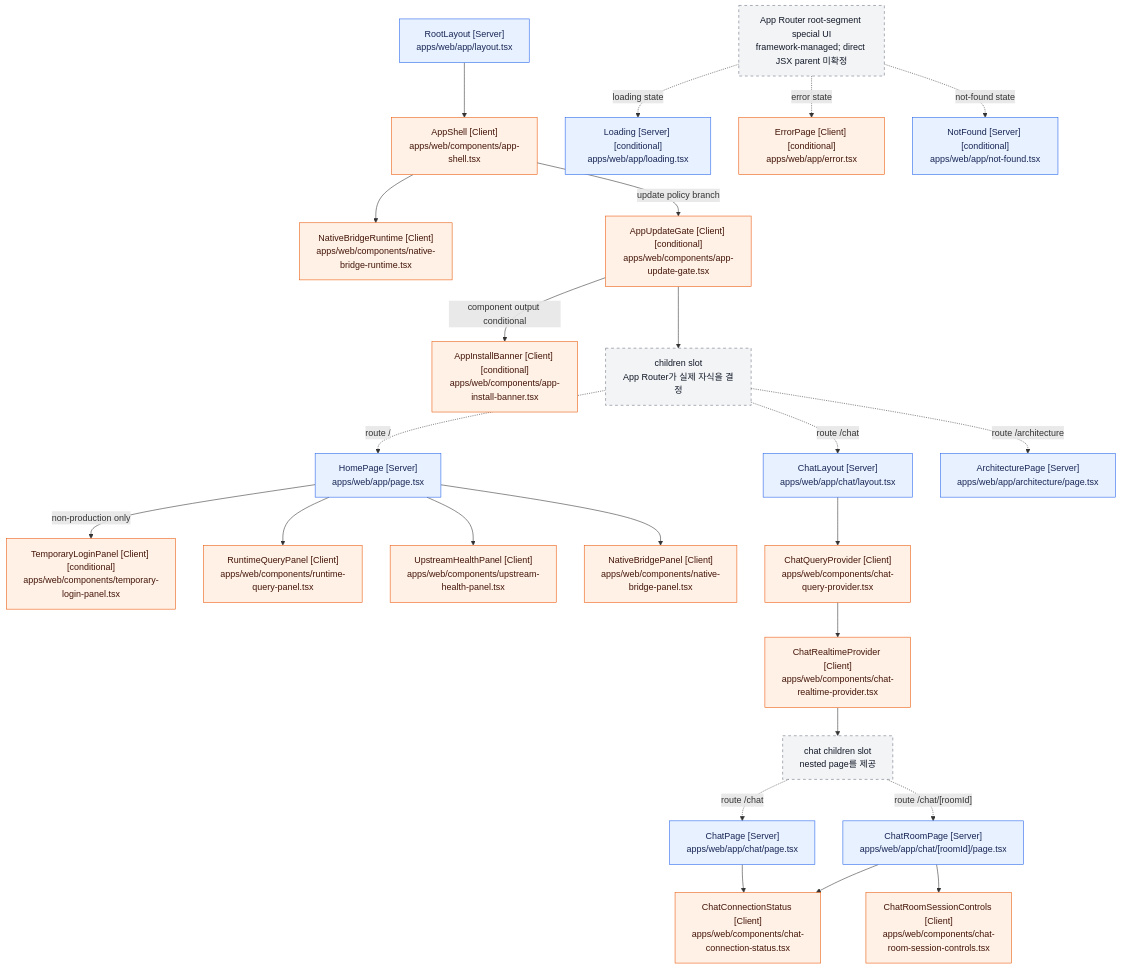
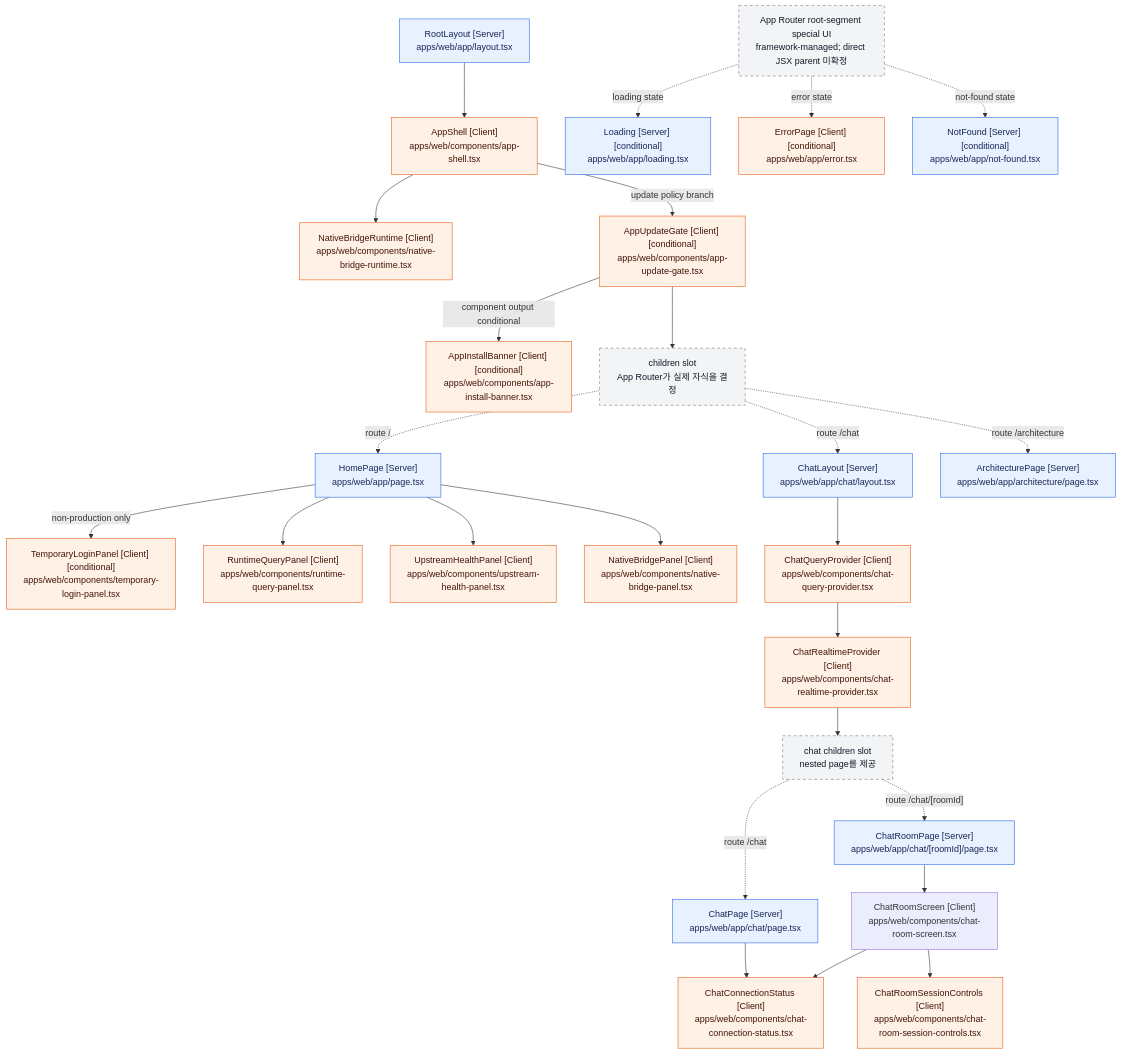
One commit to mokpombc17-coder/CIVIC-AI changed the diagram in docs/architecture/react-component-tree.md. Above: the diagram before and after it, drawn with Mermaid. The commit also changed other lines of this file and 8 other files, not shown here.

Commit message:
feat(web): connect chat room read model

````diff
--- a/docs/architecture/react-component-tree.md
+++ b/docs/architecture/react-component-tree.md
@@ -109,67 +110,69 @@
 ```mermaid
 flowchart TD
     RootLayout["RootLayout [Server]<br/>apps/web/app/layout.tsx"]
     AppShell["AppShell [Client]<br/>apps/web/components/app-shell.tsx"]
     NativeBridgeRuntime["NativeBridgeRuntime [Client]<br/>apps/web/components/native-bridge-runtime.tsx"]
     AppUpdateGate["AppUpdateGate [Client] [conditional]<br/>apps/web/components/app-update-gate.tsx"]
     AppInstallBanner["AppInstallBanner [Client] [conditional]<br/>apps/web/components/app-install-banner.tsx"]
     ChildrenSlot["children slot<br/>App Router가 실제 자식을 결정"]
 
     HomePage["HomePage [Server]<br/>apps/web/app/page.tsx"]
     TemporaryLoginPanel["TemporaryLoginPanel [Client] [conditional]<br/>apps/web/components/temporary-login-panel.tsx"]
     RuntimeQueryPanel["RuntimeQueryPanel [Client]<br/>apps/web/components/runtime-query-panel.tsx"]
     UpstreamHealthPanel["UpstreamHealthPanel [Client]<br/>apps/web/components/upstream-health-panel.tsx"]
     NativeBridgePanel["NativeBridgePanel [Client]<br/>apps/web/components/native-bridge-panel.tsx"]
 
     ChatLayout["ChatLayout [Server]<br/>apps/web/app/chat/layout.tsx"]
     ChatQueryProvider["ChatQueryProvider [Client]<br/>apps/web/components/chat-query-provider.tsx"]
     ChatRealtimeProvider["ChatRealtimeProvider [Client]<br/>apps/web/components/chat-realtime-provider.tsx"]
     ChatChildrenSlot["chat children slot<br/>nested page를 제공"]
     ChatPage["ChatPage [Server]<br/>apps/web/app/chat/page.tsx"]
     ChatRoomPage["ChatRoomPage [Server]<br/>apps/web/app/chat/[roomId]/page.tsx"]
+    ChatRoomScreen["ChatRoomScreen [Client]<br/>apps/web/components/chat-room-screen.tsx"]
     ChatConnectionStatus["ChatConnectionStatus [Client]<br/>apps/web/components/chat-connection-status.tsx"]
     ChatRoomSessionControls["ChatRoomSessionControls [Client]<br/>apps/web/components/chat-room-session-controls.tsx"]
 
     ArchitecturePage["ArchitecturePage [Server]<br/>apps/web/app/architecture/page.tsx"]
 
     SpecialBoundary["App Router root-segment special UI<br/>framework-managed; direct JSX parent 미확정"]
     Loading["Loading [Server] [conditional]<br/>apps/web/app/loading.tsx"]
     ErrorPage["ErrorPage [Client] [conditional]<br/>apps/web/app/error.tsx"]
     NotFound["NotFound [Server] [conditional]<br/>apps/web/app/not-found.tsx"]
 
     RootLayout --> AppShell
     AppShell --> NativeBridgeRuntime
     AppShell -->|"update policy branch"| AppUpdateGate
     AppUpdateGate -->|"component output conditional"| AppInstallBanner
     AppUpdateGate --> ChildrenSlot
 
     ChildrenSlot -. "route /" .-> HomePage
     HomePage -->|"non-production only"| TemporaryLoginPanel
     HomePage --> RuntimeQueryPanel
     HomePage --> UpstreamHealthPanel
     HomePage --> NativeBridgePanel
 
     ChildrenSlot -. "route /chat" .-> ChatLayout
     ChatLayout --> ChatQueryProvider
     ChatQueryProvider --> ChatRealtimeProvider
     ChatRealtimeProvider --> ChatChildrenSlot
     ChatChildrenSlot -. "route /chat" .-> ChatPage
     ChatChildrenSlot -. "route /chat/[roomId]" .-> ChatRoomPage
     ChatPage --> ChatConnectionStatus
-    ChatRoomPage --> ChatConnectionStatus
-    ChatRoomPage --> ChatRoomSessionControls
+    ChatRoomPage --> ChatRoomScreen
+    ChatRoomScreen --> ChatConnectionStatus
+    ChatRoomScreen --> ChatRoomSessionControls
 
     ChildrenSlot -. "route /architecture" .-> ArchitecturePage
 
     SpecialBoundary -. "loading state" .-> Loading
     SpecialBoundary -. "error state" .-> ErrorPage
     SpecialBoundary -. "not-found state" .-> NotFound
 
     classDef server fill:#e8f1ff,stroke:#2563eb,color:#172554;
     classDef client fill:#fff1e6,stroke:#ea580c,color:#431407;
     classDef framework fill:#f3f4f6,stroke:#6b7280,color:#111827,stroke-dasharray:5 5;
 
     class RootLayout,HomePage,ChatLayout,ChatPage,ChatRoomPage,ArchitecturePage,Loading,NotFound server;
     class AppShell,NativeBridgeRuntime,AppUpdateGate,AppInstallBanner,TemporaryLoginPanel,RuntimeQueryPanel,UpstreamHealthPanel,NativeBridgePanel,ChatQueryProvider,ChatRealtimeProvider,ChatConnectionStatus,ChatRoomSessionControls,ErrorPage client;
     class ChildrenSlot,ChatChildrenSlot,SpecialBoundary framework;
 ```
````
